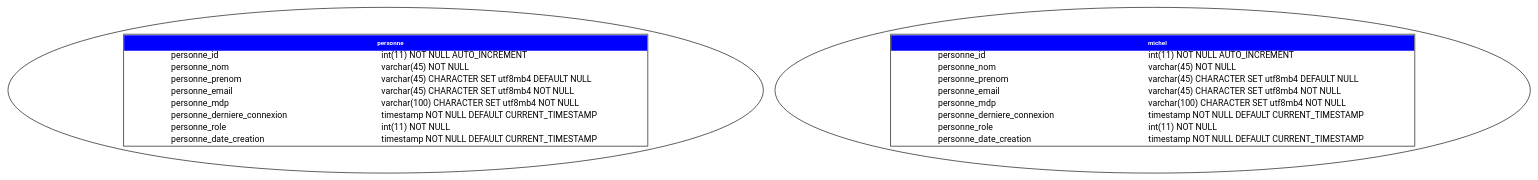
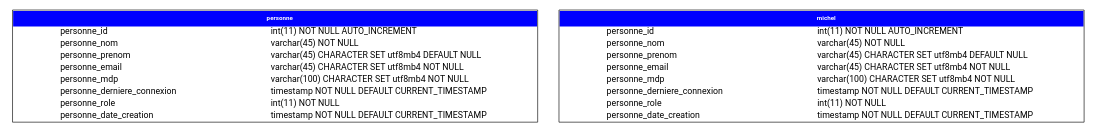
One commit to nag763/doteur changed the diagram in output.dot. Above: the diagram before and after it, drawn with Graphviz. The commit also changed 1 other file, not shown here.

```diff
--- a/output.dot
+++ b/output.dot
@@ -1,99 +1,106 @@
-digraph hello {personne [label=<
+digraph hello {
+
+    node [
+
+        shape = "plaintext"
+
+    ]
+personne [label=<
     <TABLE BGCOLOR="white" BORDER="1" CELLBORDER="0" CELLSPACING="0">
     <TR><TD COLSPAN="2" CELLPADDING="5" ALIGN="CENTER" BGCOLOR="blue">
     <FONT FACE="Roboto" COLOR="white" POINT-SIZE="10"><B>
     personne
     </B></FONT></TD></TR>
 <TR><TD ALIGN="LEFT" BORDER="0">
                 <FONT FACE="Roboto">personne_id</FONT>
                 </TD><TD ALIGN="LEFT">
                 <FONT FACE="Roboto"> int(11) NOT NULL AUTO_INCREMENT</FONT>
                 </TD></TR>
 <TR><TD ALIGN="LEFT" BORDER="0">
                 <FONT FACE="Roboto">personne_nom</FONT>
                 </TD><TD ALIGN="LEFT">
                 <FONT FACE="Roboto"> varchar(45) NOT NULL</FONT>
                 </TD></TR>
 <TR><TD ALIGN="LEFT" BORDER="0">
                 <FONT FACE="Roboto">personne_prenom</FONT>
                 </TD><TD ALIGN="LEFT">
                 <FONT FACE="Roboto"> varchar(45) CHARACTER SET utf8mb4 DEFAULT NULL</FONT>
                 </TD></TR>
 <TR><TD ALIGN="LEFT" BORDER="0">
                 <FONT FACE="Roboto">personne_email</FONT>
                 </TD><TD ALIGN="LEFT">
                 <FONT FACE="Roboto"> varchar(45) CHARACTER SET utf8mb4 NOT NULL</FONT>
                 </TD></TR>
 <TR><TD ALIGN="LEFT" BORDER="0">
                 <FONT FACE="Roboto">personne_mdp</FONT>
                 </TD><TD ALIGN="LEFT">
                 <FONT FACE="Roboto"> varchar(100) CHARACTER SET utf8mb4 NOT NULL</FONT>
                 </TD></TR>
 <TR><TD ALIGN="LEFT" BORDER="0">
                 <FONT FACE="Roboto">personne_derniere_connexion</FONT>
                 </TD><TD ALIGN="LEFT">
                 <FONT FACE="Roboto"> timestamp NOT NULL DEFAULT CURRENT_TIMESTAMP</FONT>
                 </TD></TR>
 <TR><TD ALIGN="LEFT" BORDER="0">
                 <FONT FACE="Roboto">personne_role</FONT>
                 </TD><TD ALIGN="LEFT">
                 <FONT FACE="Roboto"> int(11) NOT NULL</FONT>
                 </TD></TR>
 <TR><TD ALIGN="LEFT" BORDER="0">
                 <FONT FACE="Roboto">personne_date_creation</FONT>
                 </TD><TD ALIGN="LEFT">
                 <FONT FACE="Roboto"> timestamp NOT NULL DEFAULT CURRENT_TIMESTAMP</FONT>
                 </TD></TR>
 
 
 </TABLE> >]
 michel [label=<
     <TABLE BGCOLOR="white" BORDER="1" CELLBORDER="0" CELLSPACING="0">
     <TR><TD COLSPAN="2" CELLPADDING="5" ALIGN="CENTER" BGCOLOR="blue">
     <FONT FACE="Roboto" COLOR="white" POINT-SIZE="10"><B>
     michel
     </B></FONT></TD></TR>
 <TR><TD ALIGN="LEFT" BORDER="0">
                 <FONT FACE="Roboto">personne_id</FONT>
                 </TD><TD ALIGN="LEFT">
                 <FONT FACE="Roboto"> int(11) NOT NULL AUTO_INCREMENT</FONT>
                 </TD></TR>
 <TR><TD ALIGN="LEFT" BORDER="0">
                 <FONT FACE="Roboto">personne_nom</FONT>
                 </TD><TD ALIGN="LEFT">
                 <FONT FACE="Roboto"> varchar(45) NOT NULL</FONT>
                 </TD></TR>
 <TR><TD ALIGN="LEFT" BORDER="0">
                 <FONT FACE="Roboto">personne_prenom</FONT>
                 </TD><TD ALIGN="LEFT">
                 <FONT FACE="Roboto"> varchar(45) CHARACTER SET utf8mb4 DEFAULT NULL</FONT>
                 </TD></TR>
 <TR><TD ALIGN="LEFT" BORDER="0">
                 <FONT FACE="Roboto">personne_email</FONT>
                 </TD><TD ALIGN="LEFT">
                 <FONT FACE="Roboto"> varchar(45) CHARACTER SET utf8mb4 NOT NULL</FONT>
                 </TD></TR>
 <TR><TD ALIGN="LEFT" BORDER="0">
                 <FONT FACE="Roboto">personne_mdp</FONT>
                 </TD><TD ALIGN="LEFT">
                 <FONT FACE="Roboto"> varchar(100) CHARACTER SET utf8mb4 NOT NULL</FONT>
                 </TD></TR>
 <TR><TD ALIGN="LEFT" BORDER="0">
                 <FONT FACE="Roboto">personne_derniere_connexion</FONT>
                 </TD><TD ALIGN="LEFT">
                 <FONT FACE="Roboto"> timestamp NOT NULL DEFAULT CURRENT_TIMESTAMP</FONT>
                 </TD></TR>
 <TR><TD ALIGN="LEFT" BORDER="0">
                 <FONT FACE="Roboto">personne_role</FONT>
                 </TD><TD ALIGN="LEFT">
                 <FONT FACE="Roboto"> int(11) NOT NULL</FONT>
                 </TD></TR>
 <TR><TD ALIGN="LEFT" BORDER="0">
                 <FONT FACE="Roboto">personne_date_creation</FONT>
                 </TD><TD ALIGN="LEFT">
                 <FONT FACE="Roboto"> timestamp NOT NULL DEFAULT CURRENT_TIMESTAMP</FONT>
                 </TD></TR>
 
 
 </TABLE> >]
 }
```
